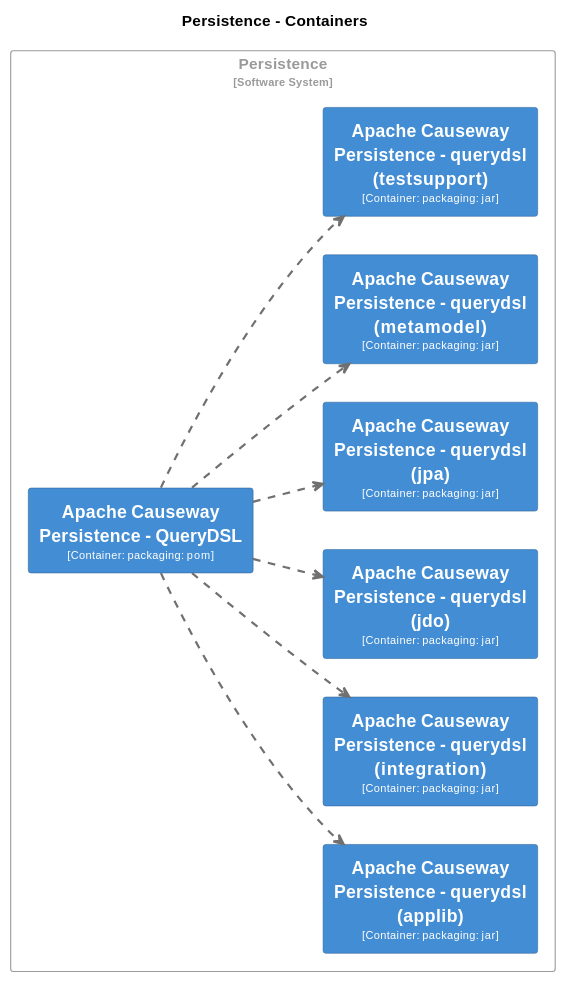
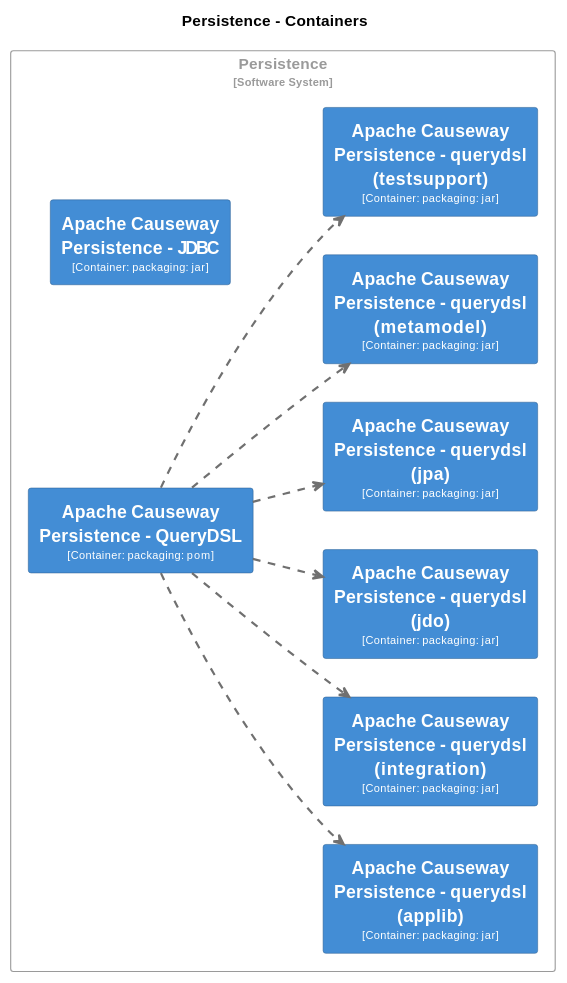
One commit to apache/causeway changed the seventh of 35 diagrams in core/adoc/modules/_overview/pages/about.adoc. Above: the diagram before and after it, drawn with PlantUML. The commit also changed other lines of this file and 43 other files, not shown here.

```diff
--- a/core/adoc/modules/_overview/pages/about.adoc
+++ b/core/adoc/modules/_overview/pages/about.adoc
@@ -1504,6 +1506,12 @@
 
 hide stereotype
 
+skinparam rectangle<<Persistence.ApacheCausewayPersistenceJDBC>> {
+  BackgroundColor #438dd5
+  FontColor #fffffe
+  BorderColor #2e6295
+  shadowing false
+}
 skinparam rectangle<<Persistence.ApacheCausewayPersistenceQueryDSL>> {
   BackgroundColor #438dd5
   FontColor #fffffe
@@ -1553,6 +1561,7 @@
 }
 
 rectangle "Persistence\n<size:10>[Software System]</size>" <<Persistence>> {
+  rectangle "==Apache Causeway Persistence - JDBC\n<size:10>[Container: packaging: jar]</size>" <<Persistence.ApacheCausewayPersistenceJDBC>> as Persistence.ApacheCausewayPersistenceJDBC
   rectangle "==Apache Causeway Persistence - QueryDSL\n<size:10>[Container: packaging: pom]</size>" <<Persistence.ApacheCausewayPersistenceQueryDSL>> as Persistence.ApacheCausewayPersistenceQueryDSL
   rectangle "==Apache Causeway Persistence - querydsl (applib)\n<size:10>[Container: packaging: jar]</size>" <<Persistence.ApacheCausewayPersistencequerydslapplib>> as Persistence.ApacheCausewayPersistencequerydslapplib
   rectangle "==Apache Causeway Persistence - querydsl (integration)\n<size:10>[Container: packaging: jar]</size>" <<Persistence.ApacheCausewayPersistencequerydslintegration>> as Persistence.ApacheCausewayPersistencequerydslintegration
@@ -1562,11 +1571,11 @@
   rectangle "==Apache Causeway Persistence - querydsl (testsupport)\n<size:10>[Container: packaging: jar]</size>" <<Persistence.ApacheCausewayPersistencequerydsltestsupport>> as Persistence.ApacheCausewayPersistencequerydsltestsupport
 }
 
+Persistence.ApacheCausewayPersistenceQueryDSL .[#707070,thickness=2].> Persistence.ApacheCausewayPersistencequerydslapplib : "<color:#707070>"
 Persistence.ApacheCausewayPersistenceQueryDSL .[#707070,thickness=2].> Persistence.ApacheCausewayPersistencequerydslintegration : "<color:#707070>"
 Persistence.ApacheCausewayPersistenceQueryDSL .[#707070,thickness=2].> Persistence.ApacheCausewayPersistencequerydsljdo : "<color:#707070>"
 Persistence.ApacheCausewayPersistenceQueryDSL .[#707070,thickness=2].> Persistence.ApacheCausewayPersistencequerydsljpa : "<color:#707070>"
 Persistence.ApacheCausewayPersistenceQueryDSL .[#707070,thickness=2].> Persistence.ApacheCausewayPersistencequerydslmetamodel : "<color:#707070>"
 Persistence.ApacheCausewayPersistenceQueryDSL .[#707070,thickness=2].> Persistence.ApacheCausewayPersistencequerydsltestsupport : "<color:#707070>"
-Persistence.ApacheCausewayPersistenceQueryDSL .[#707070,thickness=2].> Persistence.ApacheCausewayPersistencequerydslapplib : "<color:#707070>"
 @enduml
 ----
```
